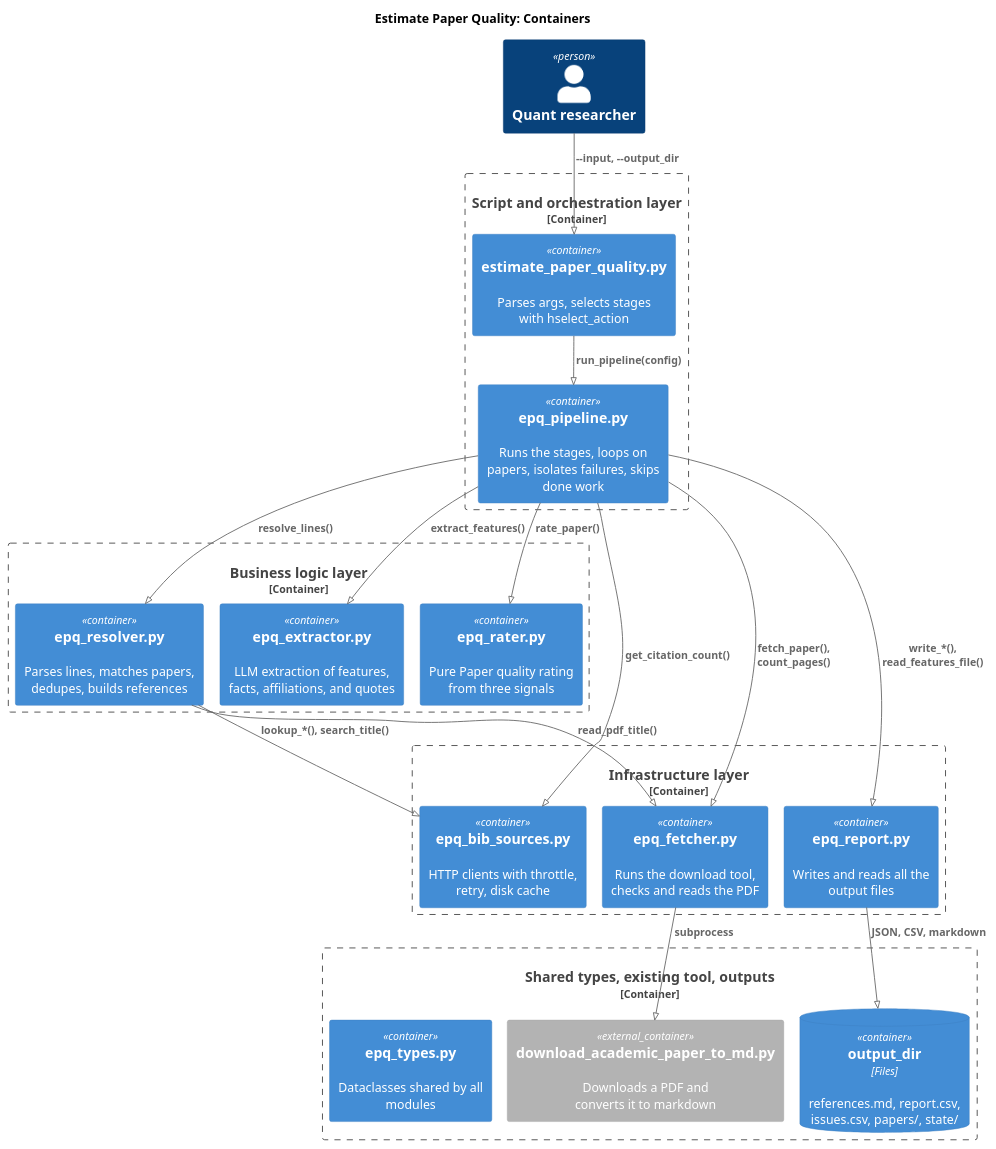
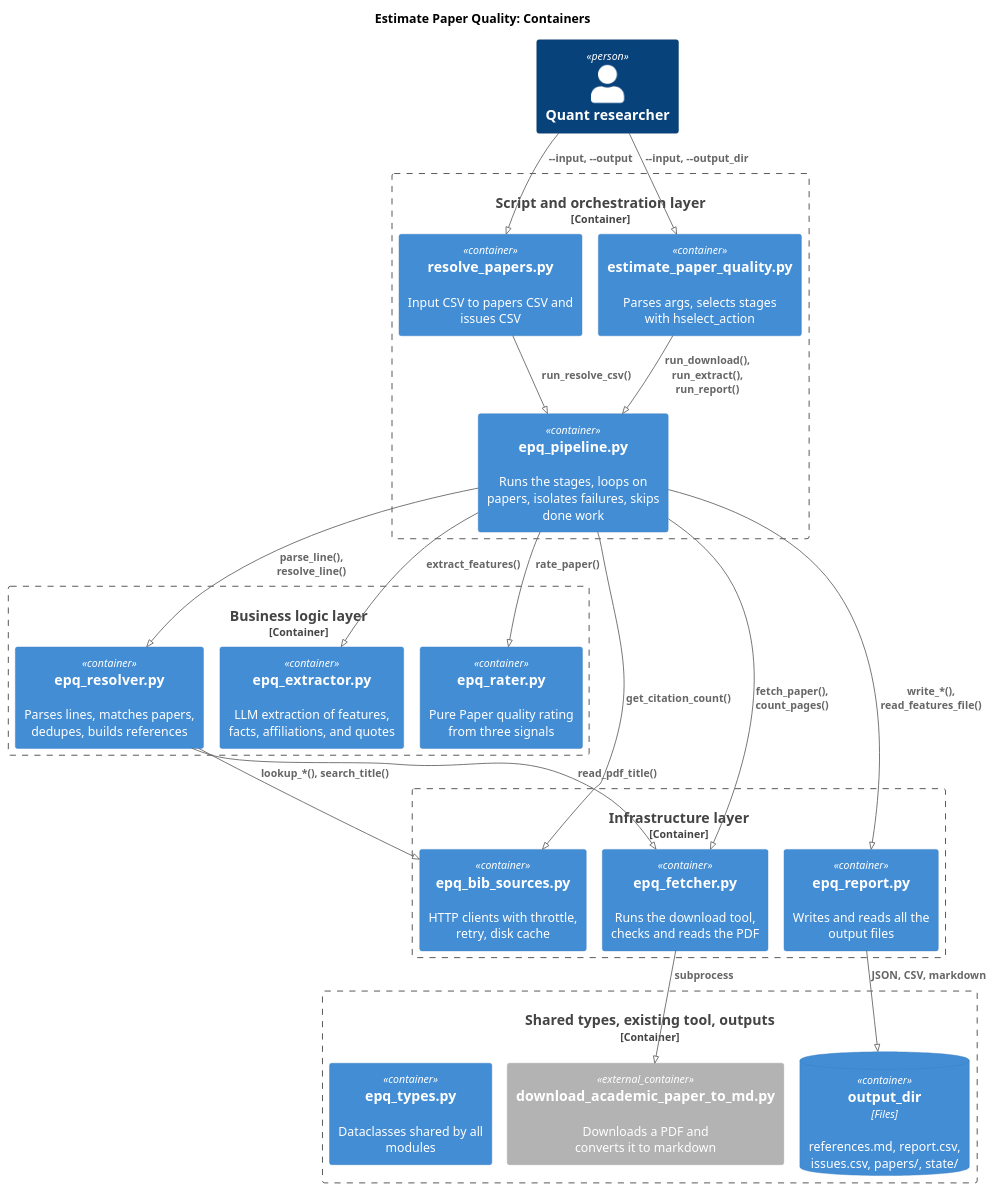
The second of 2 diagrams in research/Estimate_academic_paper_quality/docs/02-design.architecture.md (gpsaggese/gpsaggese.github.io), drawn with PlantUML before and after one commit. The commit also changed other lines of this file and 20 other files, not shown here.

````diff
--- a/research/Estimate_academic_paper_quality/docs/02-design.architecture.md
+++ b/research/Estimate_academic_paper_quality/docs/02-design.architecture.md
@@ -74,43 +76,46 @@
 ```plantuml
 !pragma layout smetana
 !include <C4/C4_Container>
 LAYOUT_TOP_DOWN()
 title Estimate Paper Quality: Containers
 Person(user, "Quant researcher")
 
 Container_Boundary(script, "Script and orchestration layer") {
+  Container(rcli, "resolve_papers.py", "", "Input CSV to papers CSV and issues CSV")
   Container(cli, "estimate_paper_quality.py", "", "Parses args, selects stages with hselect_action")
   Container(pipeline, "epq_pipeline.py", "", "Runs the stages, loops on papers, isolates failures, skips done work")
 }
 
 Container_Boundary(logic, "Business logic layer") {
   Container(resolver, "epq_resolver.py", "", "Parses lines, matches papers, dedupes, builds references")
   Container(extractor, "epq_extractor.py", "", "LLM extraction of features, facts, affiliations, and quotes")
   Container(rater, "epq_rater.py", "", "Pure Paper quality rating from three signals")
 }
 
 Container_Boundary(infra, "Infrastructure layer") {
   Container(bib, "epq_bib_sources.py", "", "HTTP clients with throttle, retry, disk cache")
   Container(fetcher, "epq_fetcher.py", "", "Runs the download tool, checks and reads the PDF")
   Container(report, "epq_report.py", "", "Writes and reads all the output files")
 }
 
 Container_Boundary(ext, "Shared types, existing tool, outputs") {
   Container_Ext(tool, "download_academic_paper_to_md.py", "", "Downloads a PDF and converts it to markdown")
   ContainerDb(out, "output_dir", "Files", "references.md, report.csv, issues.csv, papers/, state/")
   Container(types, "epq_types.py", "", "Dataclasses shared by all modules")
 }
 
+Rel(user, rcli, "~-~-input, ~-~-output")
 Rel(user, cli, "~-~-input, ~-~-output_dir")
-Rel(cli, pipeline, "run_pipeline(config)")
-Rel(pipeline, resolver, "resolve_lines()")
+Rel(rcli, pipeline, "run_resolve_csv()")
+Rel(cli, pipeline, "run_download(), run_extract(), run_report()")
+Rel(pipeline, resolver, "parse_line(), resolve_line()")
 Rel(pipeline, fetcher, "fetch_paper(), count_pages()")
 Rel(pipeline, extractor, "extract_features()")
 Rel(pipeline, rater, "rate_paper()")
 Rel(pipeline, report, "write_*(), read_features_file()")
 Rel(pipeline, bib, "get_citation_count()")
 Rel(resolver, bib, "lookup_*(), search_title()")
 Rel(resolver, fetcher, "read_pdf_title()")
 Rel(fetcher, tool, "subprocess")
 Rel(report, out, "JSON, CSV, markdown")
 ```
````
